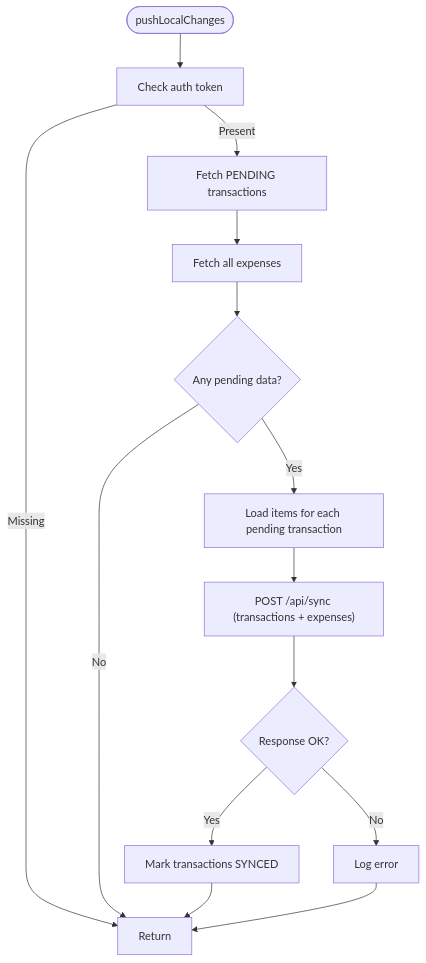
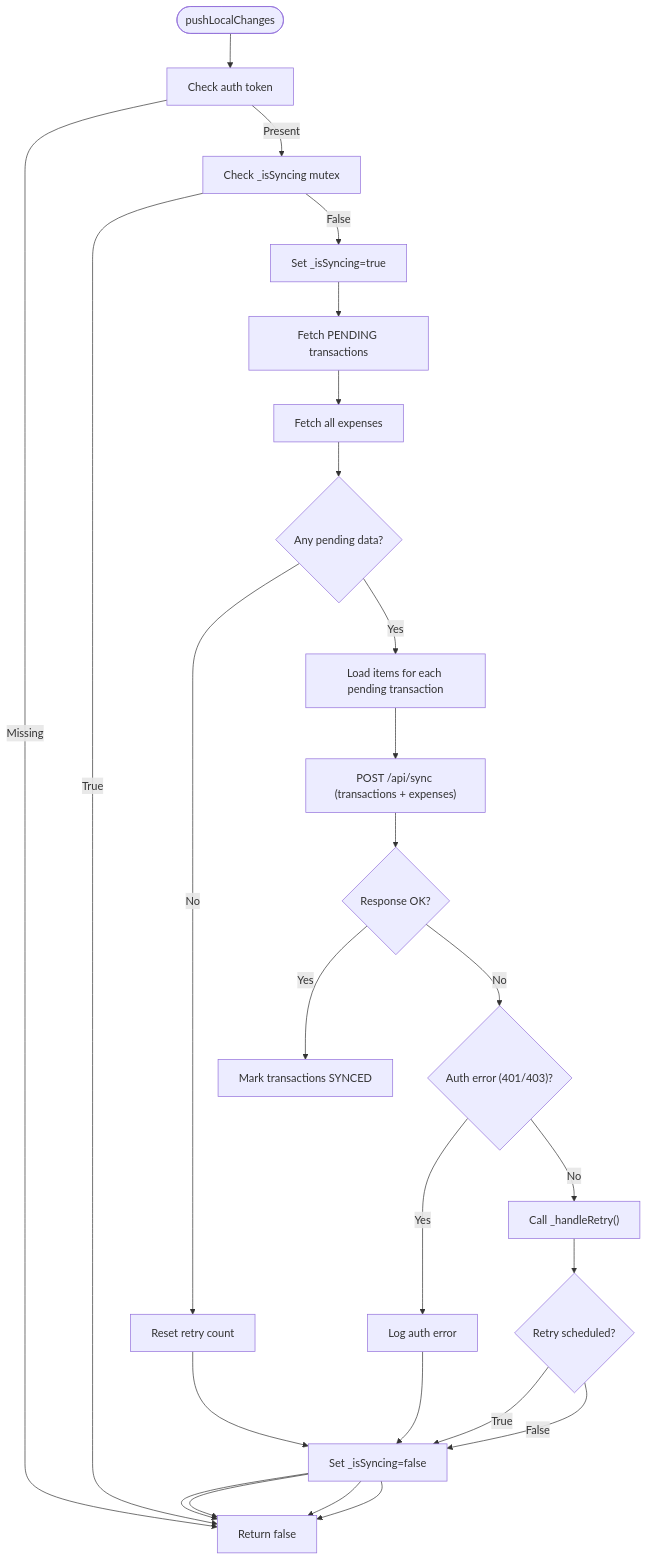
Before and after one commit to riod94/ngepos: the third of 7 diagrams in .qoder/repowiki/en/content/Utility Libraries/Synchronization Service.md, drawn with Mermaid. The commit also changed other lines of this file and 51 other files, not shown here.

````diff
--- a/.qoder/repowiki/en/content/Utility Libraries/Synchronization Service.md
+++ b/.qoder/repowiki/en/content/Utility Libraries/Synchronization Service.md
@@ -129,16 +178,22 @@
 ```mermaid
 flowchart TD
 Start(["pushLocalChanges"]) --> CheckToken["Check auth token"]
-CheckToken --> |Missing| Exit["Return"]
-CheckToken --> |Present| FetchPending["Fetch PENDING transactions"]
+CheckToken --> |Missing| Exit["Return false"]
+CheckToken --> |Present| CheckMutex["Check _isSyncing mutex"]
+CheckMutex --> |True| Exit
+CheckMutex --> |False| SetMutex["Set _isSyncing=true"]
+SetMutex --> FetchPending["Fetch PENDING transactions"]
 FetchPending --> FetchExpenses["Fetch all expenses"]
 FetchExpenses --> AnyData{"Any pending data?"}
-AnyData --> |No| Exit
+AnyData --> |No| ResetRetry["Reset retry count"] --> ClearMutex["Set _isSyncing=false"] --> Exit
 AnyData --> |Yes| LoadItems["Load items for each pending transaction"]
 LoadItems --> SendBatch["POST /api/sync (transactions + expenses)"]
 SendBatch --> RespOK{"Response OK?"}
 RespOK --> |Yes| MarkSynced["Mark transactions SYNCED"]
-RespOK --> |No| LogErr["Log error"]
-MarkSynced --> Exit
-LogErr --> Exit
+RespOK --> |No| CheckAuth{"Auth error (401/403)?"}
+CheckAuth --> |Yes| LogAuth["Log auth error"] --> ClearMutex --> Exit
+CheckAuth --> |No| HandleRetry["Call _handleRetry()"]
+HandleRetry --> RetrySuccess{"Retry scheduled?"}
+RetrySuccess --> |True| ClearMutex --> Exit
+RetrySuccess --> |False| ClearMutex --> Exit
 ```
````
